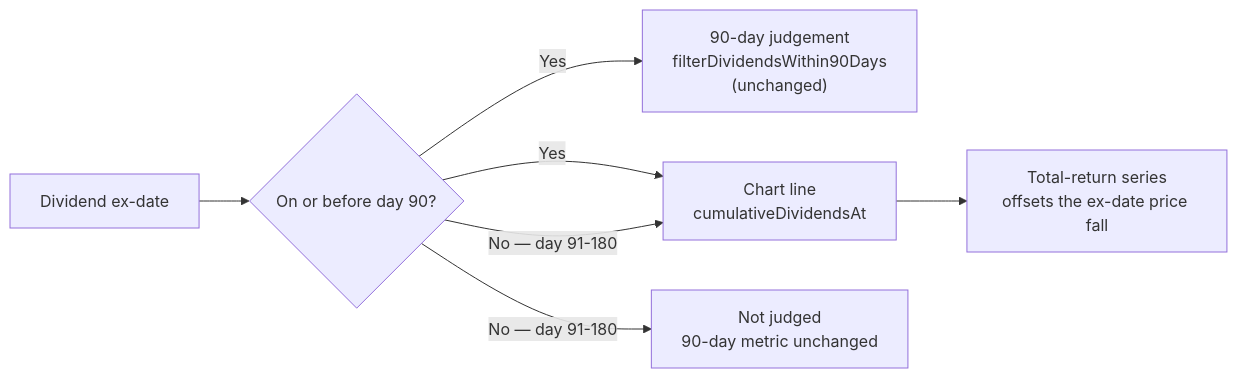
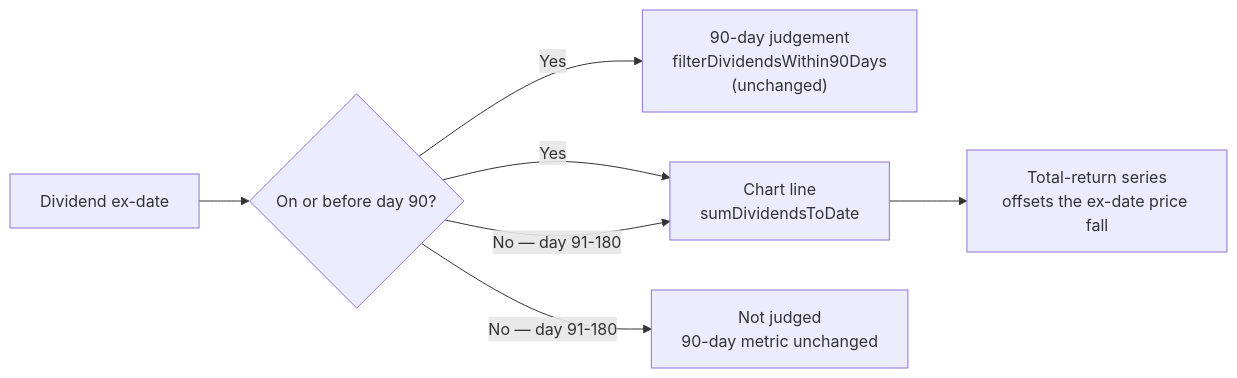
Before and after one commit to stSoftwareAU/GRQ-validation: the diagram in docs/archive/pr-summaries/pr-summary-817.md, drawn with Mermaid. The commit also changed other lines of this file and 1 other file, not shown here.

````diff
--- a/docs/archive/pr-summaries/pr-summary-817.md
+++ b/docs/archive/pr-summaries/pr-summary-817.md
@@ -74,9 +74,9 @@
 ```mermaid
 flowchart LR
     D[Dividend ex-date] --> Q{On or before day 90?}
     Q -->|Yes| J["90-day judgement<br/>filterDividendsWithin90Days<br/>(unchanged)"]
-    Q -->|Yes| C["Chart line<br/>cumulativeDividendsAt"]
+    Q -->|Yes| C["Chart line<br/>sumDividendsToDate"]
     Q -->|"No — day 91-180"| C
     Q -->|"No — day 91-180"| X["Not judged<br/>90-day metric unchanged"]
     C --> P["Total-return series<br/>offsets the ex-date price fall"]
 ```
````
